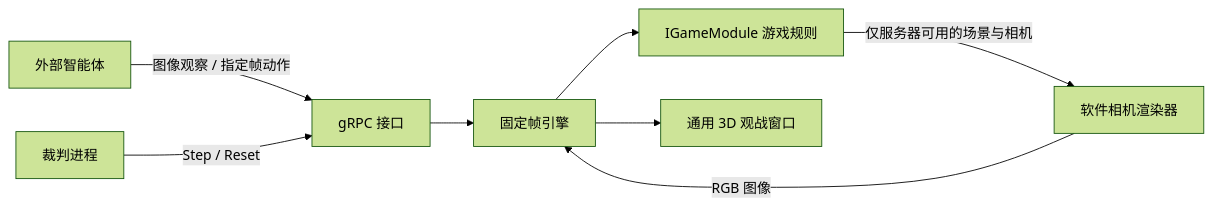
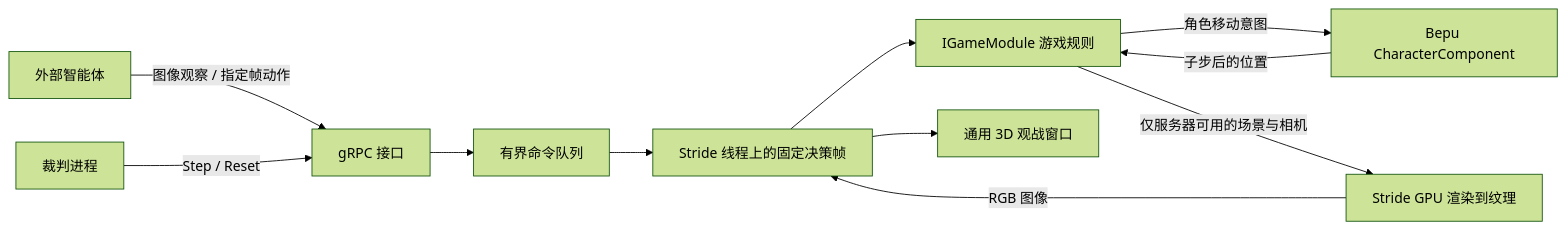
The diagram in README.md (Ricky1911/GameEngineTest), drawn with Mermaid (forest theme) before and after one commit. The commit also changed other lines of this file and 32 other files, not shown here.

First line of the commit message:
feat: migrate runtime to Stride and Bepu Physics

````diff
--- a/README.md
+++ b/README.md
@@ -129,10 +129,13 @@
 ```mermaid
 flowchart LR
     Agent[外部智能体] -->|图像观察 / 指定帧动作| RPC[gRPC 接口]
     Referee[裁判进程] -->|Step / Reset| RPC
-    RPC --> Engine[固定帧引擎]
+    RPC --> Queue[有界命令队列]
+    Queue --> Engine[Stride 线程上的固定决策帧]
     Engine --> Game[IGameModule 游戏规则]
-    Game -->|仅服务器可用的场景与相机| Camera[软件相机渲染器]
+    Game -->|角色移动意图| Physics[Bepu CharacterComponent]
+    Physics -->|子步后的位置| Game
+    Game -->|仅服务器可用的场景与相机| Camera[Stride GPU 渲染到纹理]
     Camera -->|RGB 图像| Engine
     Engine --> Renderer[通用 3D 观战窗口]
 ```
````
